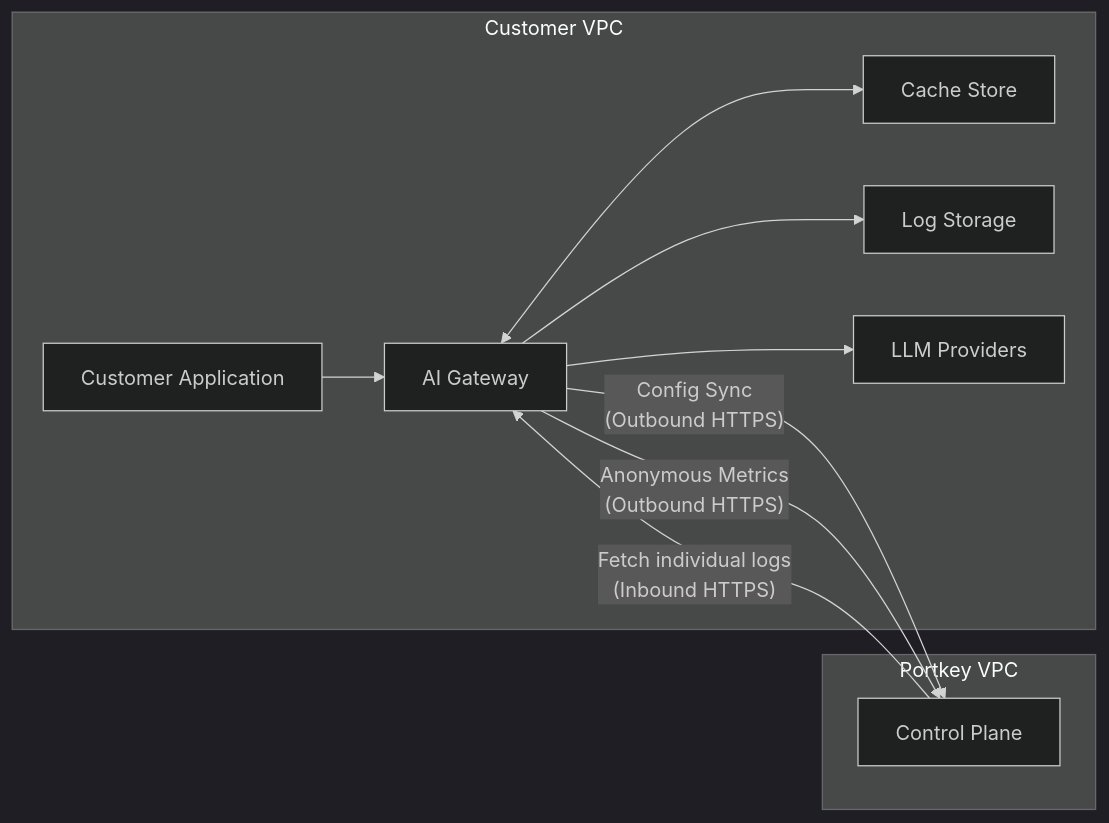
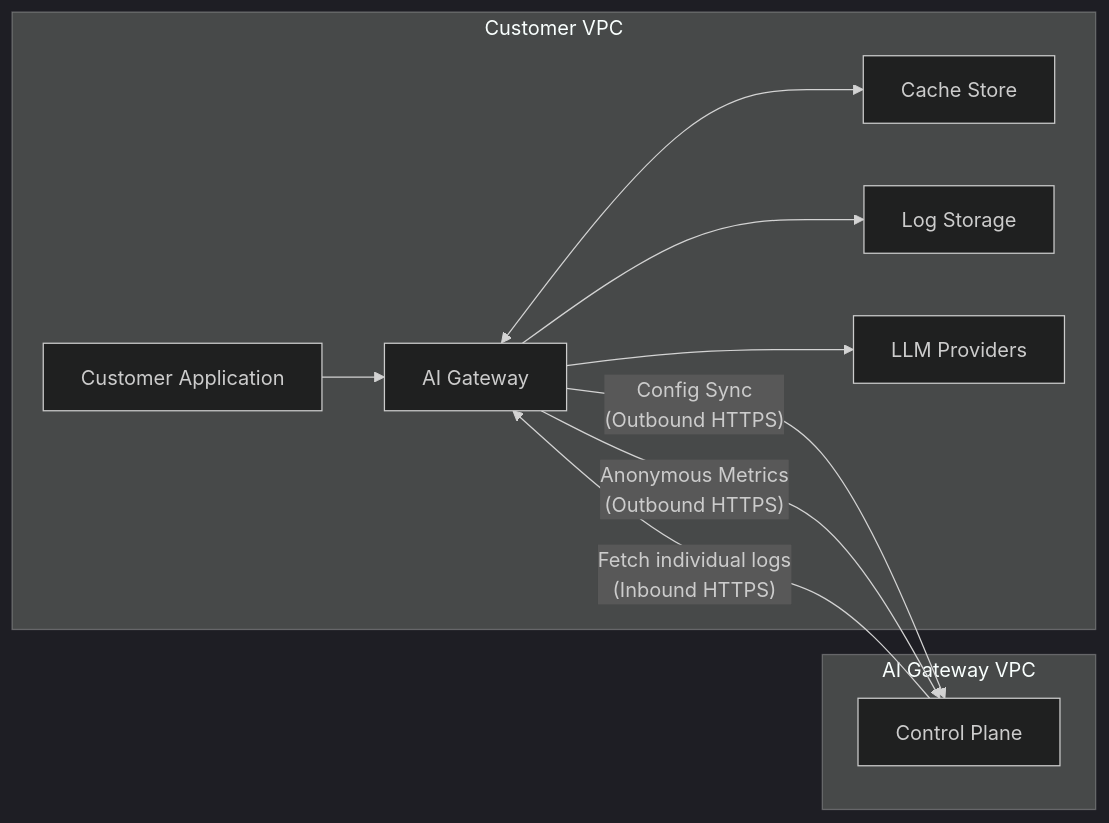
One commit to Portkey-AI/docs-core changed the diagram in aigw/self-hosting/hybrid-deployments/architecture.mdx. Above: the diagram before and after it, drawn with Mermaid (dark theme). The commit also changed 174 other files, not shown here.

````diff
--- a/aigw/self-hosting/hybrid-deployments/architecture.mdx
+++ b/aigw/self-hosting/hybrid-deployments/architecture.mdx
@@ -143,17 +143,17 @@
 ```mermaid
 flowchart LR
     subgraph "Customer VPC"
         app["Customer Application"] --> gw["AI Gateway"]
         gw <--> cache["Cache Store"]
         gw --> logs["Log Storage"]
         gw --> llm["LLM Providers"]
     end
 
-    subgraph "Portkey VPC"
+    subgraph "AI Gateway VPC"
         cp["Control Plane"]
     end
 
     gw -- "Config Sync\n(Outbound HTTPS)" --> cp
     gw -- "Anonymous Metrics\n(Outbound HTTPS)" --> cp
     cp -- "Fetch individual logs\n(Inbound HTTPS)" --> gw
 ```
````
